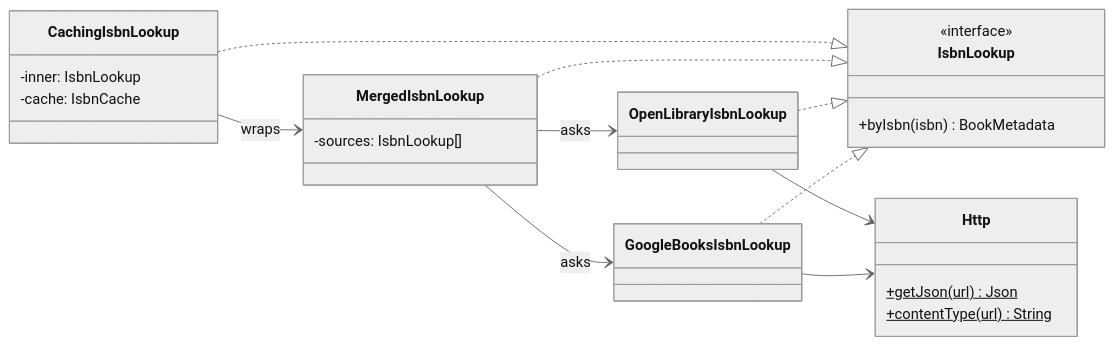
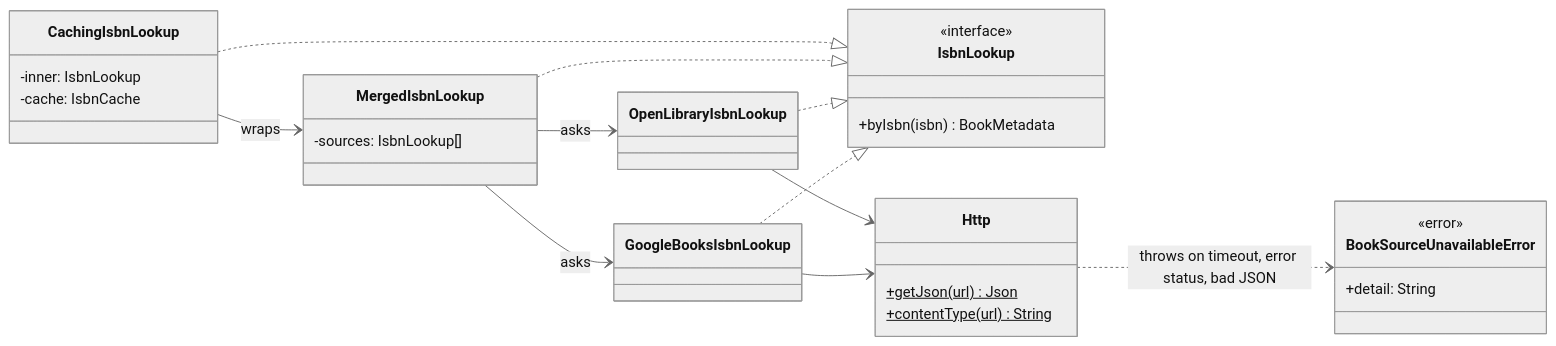
The diagram in docs/design/diagrams/iface-sources.mmd (ghechavarria/cen5064-project-hechavarria), drawn with Mermaid (neutral theme) before and after one commit. The commit also changed 38 other files, not shown here.

```diff
--- a/docs/design/diagrams/iface-sources.mmd
+++ b/docs/design/diagrams/iface-sources.mmd
@@ -1,26 +1,31 @@
 classDiagram
     direction LR
     class IsbnLookup {
         <<interface>>
         +byIsbn(isbn) BookMetadata
     }
     class CachingIsbnLookup {
         -inner: IsbnLookup
         -cache: IsbnCache
     }
     class MergedIsbnLookup {
         -sources: IsbnLookup[]
     }
     class Http {
         +getJson(url)$ Json
         +contentType(url)$ String
     }
+    class BookSourceUnavailableError {
+        <<error>>
+        +detail: String
+    }
     CachingIsbnLookup ..|> IsbnLookup
     MergedIsbnLookup ..|> IsbnLookup
     OpenLibraryIsbnLookup ..|> IsbnLookup
     GoogleBooksIsbnLookup ..|> IsbnLookup
     CachingIsbnLookup --> MergedIsbnLookup : wraps
     MergedIsbnLookup --> GoogleBooksIsbnLookup : asks
     MergedIsbnLookup --> OpenLibraryIsbnLookup : asks
     OpenLibraryIsbnLookup --> Http
     GoogleBooksIsbnLookup --> Http
+    Http ..> BookSourceUnavailableError : throws on timeout, error status, bad JSON
```
